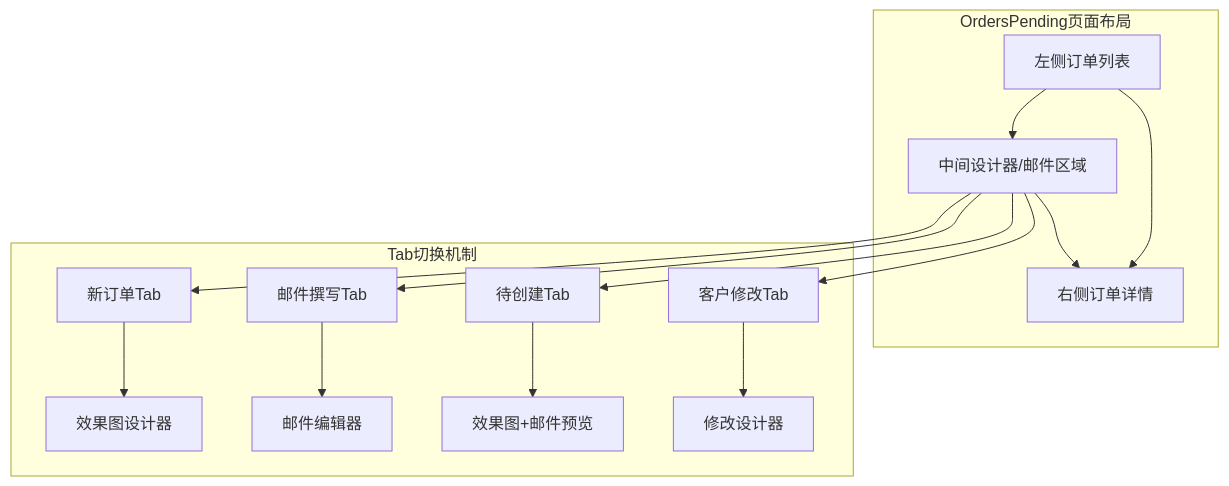
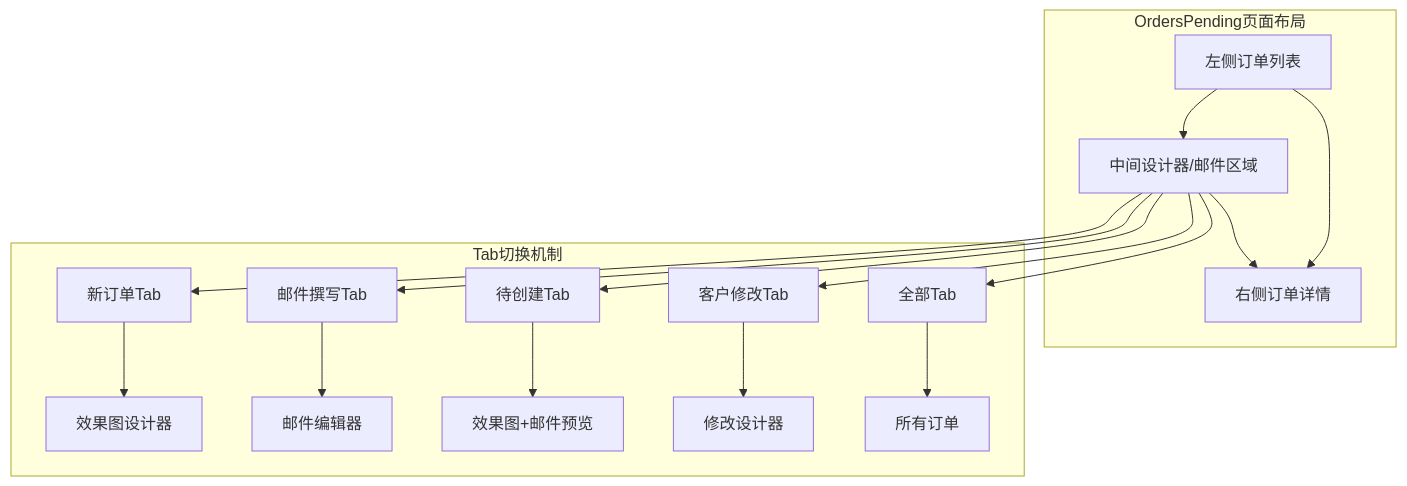
Before and after one commit to SY6621/POD-Order-Management: the ninth of 13 diagrams in .qoder/repowiki/zh/content/开发指南/订单处理工作流增强.md, drawn with Mermaid. The commit also changed other lines of this file and 18 other files, not shown here.

````diff
--- a/.qoder/repowiki/zh/content/开发指南/订单处理工作流增强.md
+++ b/.qoder/repowiki/zh/content/开发指南/订单处理工作流增强.md
@@ -476,18 +496,20 @@
 ```mermaid
 graph TB
 subgraph "OrdersPending页面布局"
 Left[左侧订单列表] --> Right[右侧订单详情]
 Middle[中间设计器/邮件区域] --> Right
 Left --> Middle
 end
 subgraph "Tab切换机制"
 New[新订单Tab] --> Designer[效果图设计器]
 Email[邮件撰写Tab] --> EmailEditor[邮件编辑器]
 Pending[待创建Tab] --> Preview[效果图+邮件预览]
 Modify[客户修改Tab] --> ModifyDesigner[修改设计器]
+All[全部Tab] --> AllOrders[所有订单]
 end
 Middle --> New
 Middle --> Email
 Middle --> Pending
 Middle --> Modify
+Middle --> All
 ```
````
